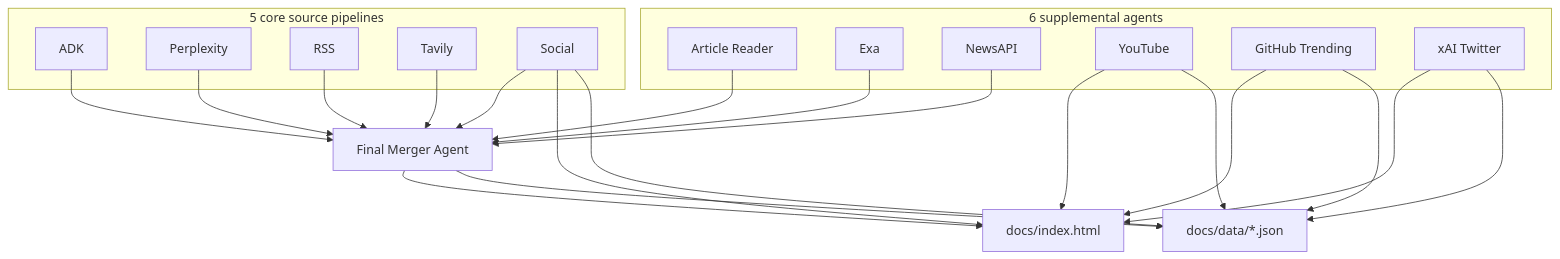
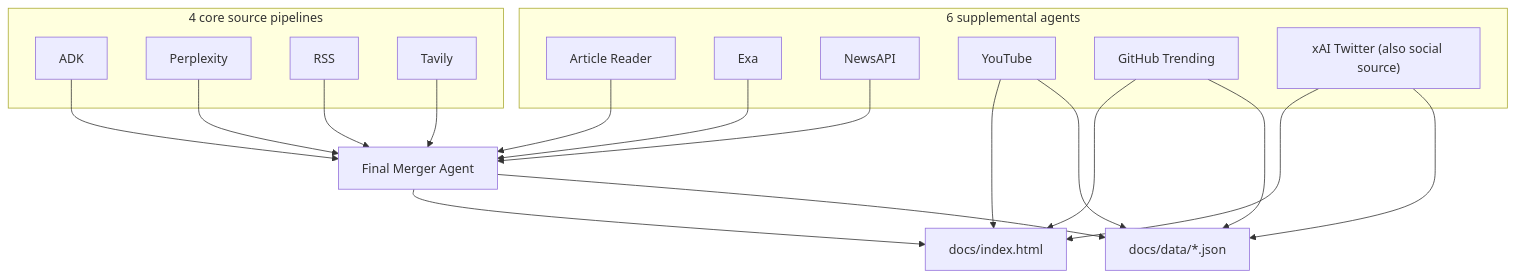
One commit to kobyal/ai-news-briefing changed the first of 14 diagrams in README.md. Above: the diagram before and after it, drawn with Mermaid. The commit also changed other lines of this file and 171 other files, not shown here.

````diff
--- a/README.md
+++ b/README.md
@@ -47,40 +48,36 @@
 ```mermaid
 flowchart TD
-    subgraph core["5 core source pipelines"]
+    subgraph core["4 core source pipelines"]
         A["ADK"]
         B["Perplexity"]
         C["RSS"]
         D["Tavily"]
-        E["Social"]
     end
 
     subgraph extra["6 supplemental agents"]
         F["Article Reader"]
         G["Exa"]
         H["NewsAPI"]
         I["YouTube"]
         J["GitHub Trending"]
-        K["xAI Twitter"]
+        K["xAI Twitter (also social source)"]
     end
 
     A --> M
     B --> M
     C --> M
     D --> M
-    E --> M
     G --> M
     H --> M
     F --> M
 
-    E --> P
+    K --> P
     I --> P
     J --> P
-    K --> P
 
     M["Final Merger Agent"] --> P["docs/index.html"]
     M --> D2
-    E --> D2
+    K --> D2
     I --> D2
-    J --> D2
-    K --> D2["docs/data/*.json"]
+    J --> D2["docs/data/*.json"]
 ```
````
